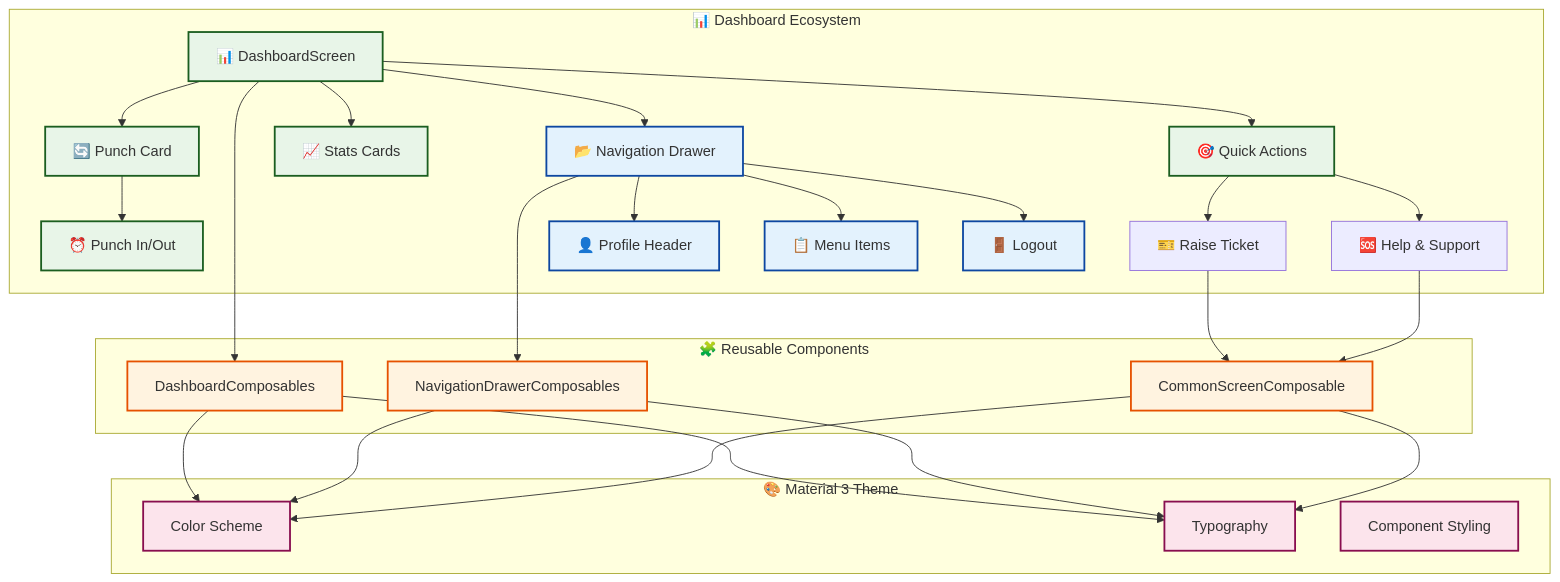
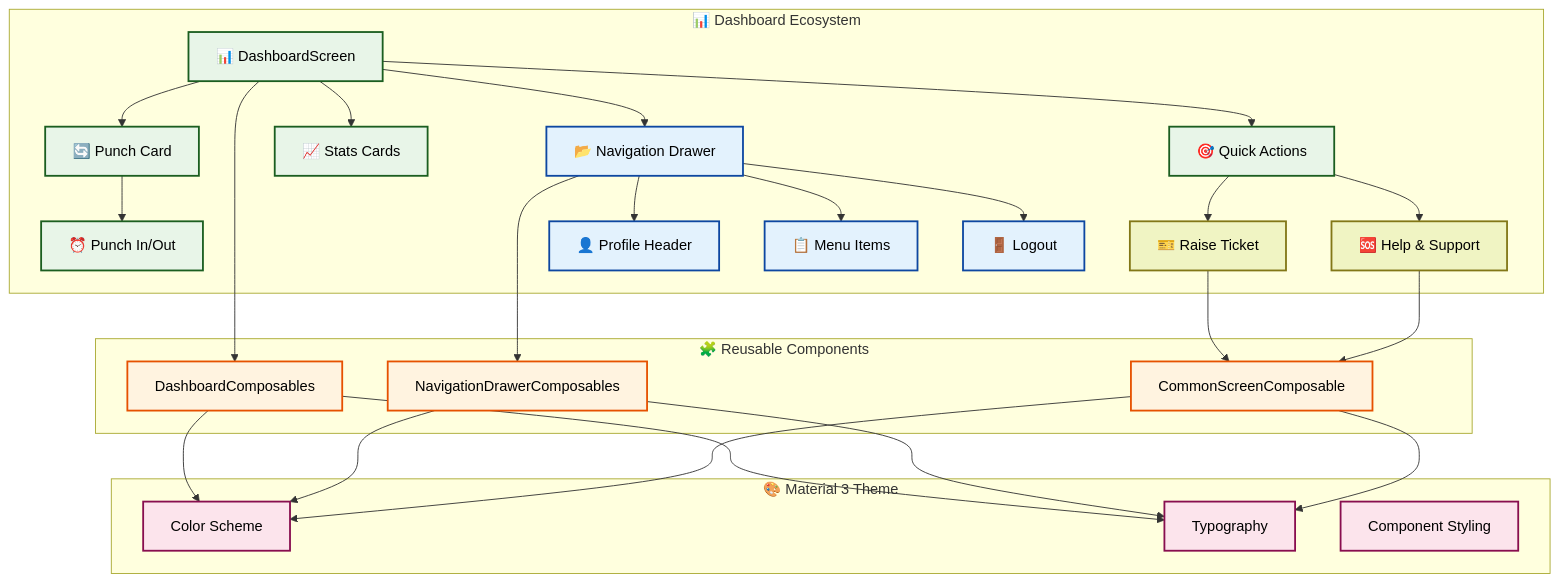
The third of 4 diagrams in README.md (deshkaustubh/Internship1Project), drawn with Mermaid before and after one commit. The commit also changed other lines of this file, not shown here.

Commit message:
update README with improved class definitions and added actions class

````diff
--- a/README.md
+++ b/README.md
@@ -215,52 +219,54 @@
 ```mermaid
 flowchart TB
     subgraph "📊 Dashboard Ecosystem"
         A[📊 DashboardScreen] --> B[🔄 Punch Card]
         A --> C[🎯 Quick Actions]
         A --> D[📈 Stats Cards]
         A --> E[📂 Navigation Drawer]
         
         B --> F[⏰ Punch In/Out]
         C --> G[🎫 Raise Ticket]
         C --> H[🆘 Help & Support]
         
         E --> I[👤 Profile Header]
         E --> J[📋 Menu Items]
         E --> K[🚪 Logout]
     end
     
     subgraph "🧩 Reusable Components"
         L[CommonScreenComposable]
         M[DashboardComposables]
         N[NavigationDrawerComposables]
     end
     
     subgraph "🎨 Material 3 Theme"
         O[Color Scheme]
         P[Typography]
         Q[Component Styling]
     end
     
     A --> M
     E --> N
     G --> L
     H --> L
     
     M --> O
     N --> O
     L --> O
     
     M --> P
     N --> P
     L --> P
     
-    classDef dashboard fill:#e8f5e8,stroke:#1b5e20,stroke-width:2px
-    classDef drawer fill:#e3f2fd,stroke:#0d47a1,stroke-width:2px
-    classDef components fill:#fff3e0,stroke:#e65100,stroke-width:2px
-    classDef theme fill:#fce4ec,stroke:#880e4f,stroke-width:2px
+    classDef dashboard fill:#e8f5e8,stroke:#1b5e20,stroke-width:2px,color:#000
+    classDef drawer fill:#e3f2fd,stroke:#0d47a1,stroke-width:2px,color:#000
+    classDef components fill:#fff3e0,stroke:#e65100,stroke-width:2px,color:#000
+    classDef theme fill:#fce4ec,stroke:#880e4f,stroke-width:2px,color:#000
+    classDef actions fill:#f0f4c3,stroke:#827717,stroke-width:2px,color:#000
     
     class A,B,C,D,F dashboard
     class E,I,J,K drawer
     class L,M,N components
     class O,P,Q theme
+    class G,H actions
 ```
````
